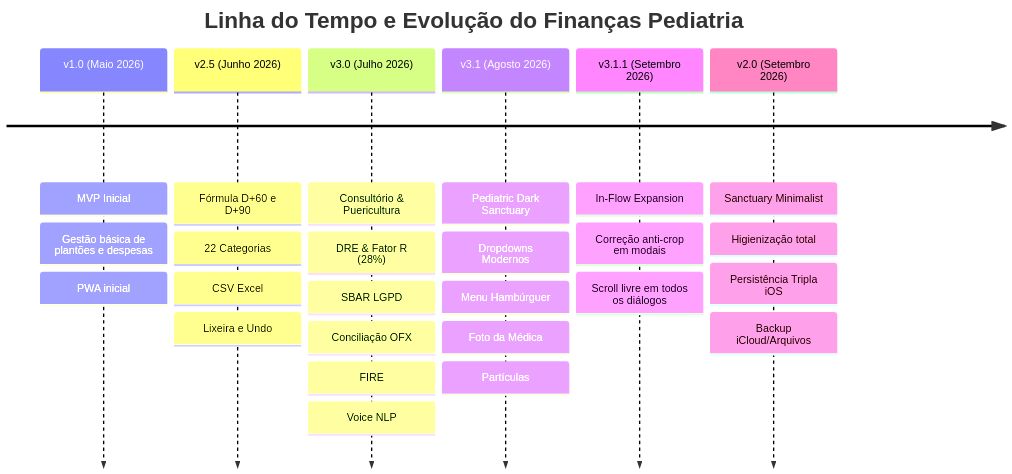
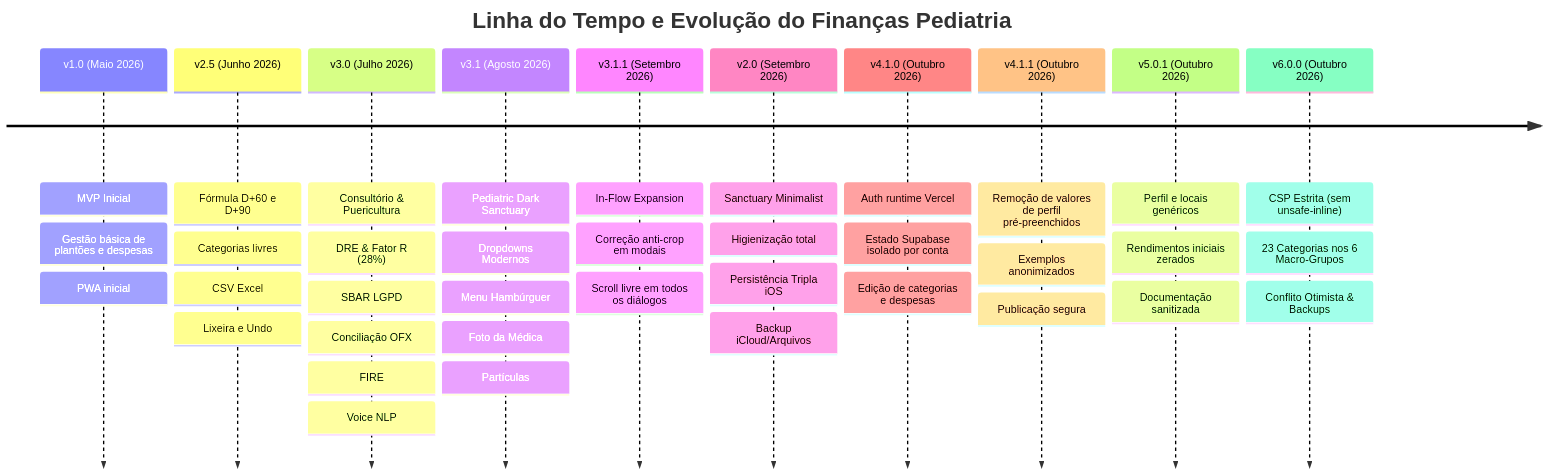
The diagram in roadmap.md (Chneto/Nanda_ped), drawn with Mermaid before and after one commit. The commit also changed other lines of this file and 331 other files, not shown here.

Commit message:
feat(v6): v6.0.0 Cloud & Sanctuary Edition - CSP, runtime diagnosis, stable category_id, conflict resolution, and RLS

````diff
--- a/roadmap.md
+++ b/roadmap.md
@@ -22,10 +25,14 @@
 ```mermaid
 timeline
     title Linha do Tempo e Evolução do Finanças Pediatria
     v1.0 (Maio 2026) : MVP Inicial : Gestão básica de plantões e despesas : PWA inicial
-    v2.5 (Junho 2026) : Fórmula D+60 e D+90 : 22 Categorias : CSV Excel : Lixeira e Undo
+    v2.5 (Junho 2026) : Fórmula D+60 e D+90 : Categorias livres : CSV Excel : Lixeira e Undo
     v3.0 (Julho 2026) : Consultório & Puericultura : DRE & Fator R (28%) : SBAR LGPD : Conciliação OFX : FIRE : Voice NLP
     v3.1 (Agosto 2026) : Pediatric Dark Sanctuary : Dropdowns Modernos : Menu Hambúrguer : Foto da Médica : Partículas
     v3.1.1 (Setembro 2026) : In-Flow Expansion : Correção anti-crop em modais : Scroll livre em todos os diálogos
     v2.0 (Setembro 2026) : Sanctuary Minimalist : Higienização total : Persistência Tripla iOS : Backup iCloud/Arquivos
+    v4.1.0 (Outubro 2026) : Auth runtime Vercel : Estado Supabase isolado por conta : Edição de categorias e despesas
+    v4.1.1 (Outubro 2026) : Remoção de valores de perfil pré-preenchidos : Exemplos anonimizados : Publicação segura
+    v5.0.1 (Outubro 2026) : Perfil e locais genéricos : Rendimentos iniciais zerados : Documentação sanitizada
+    v6.0.0 (Outubro 2026) : CSP Estrita (sem unsafe-inline) : 23 Categorias nos 6 Macro-Grupos : Conflito Otimista & Backups
 ```
````
